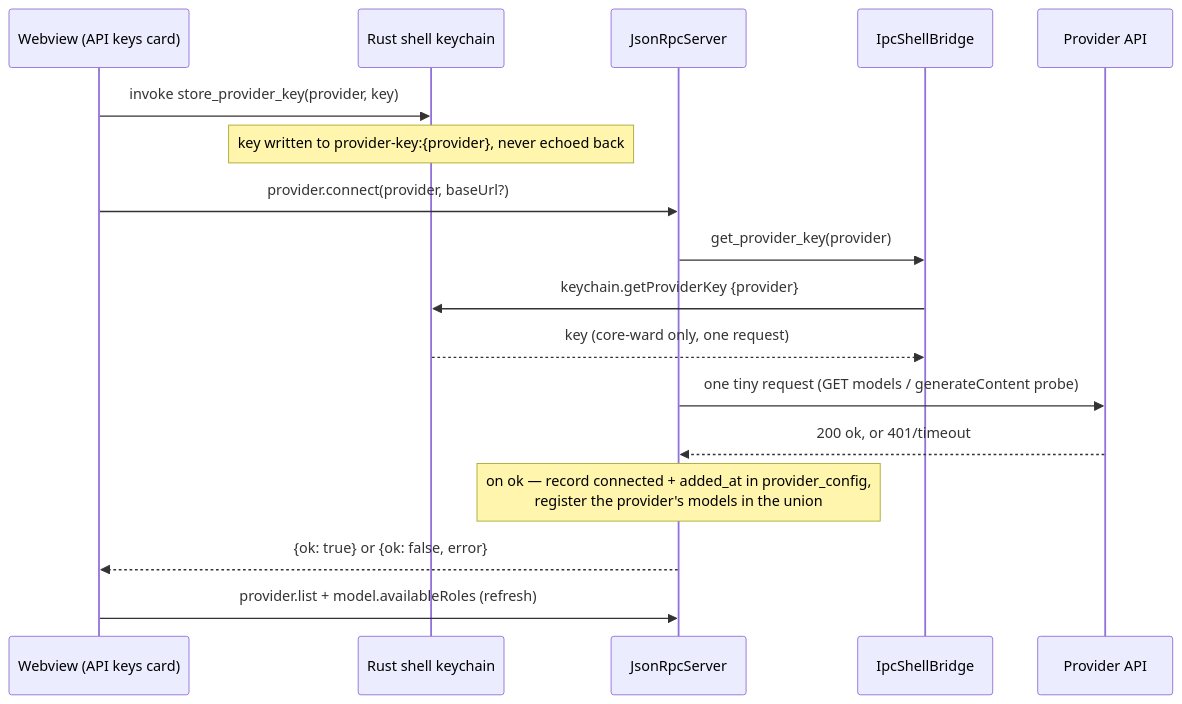
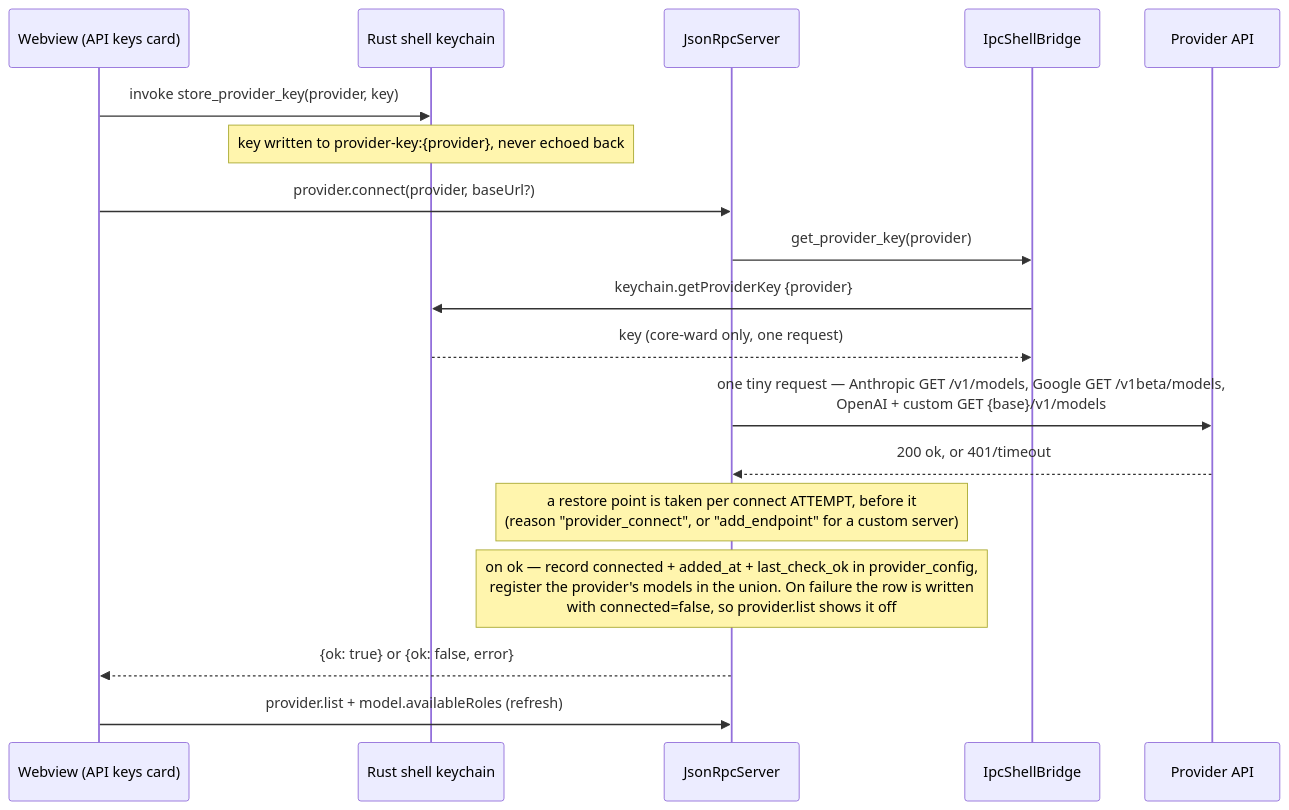
Before and after one commit to N041M/Addison: the seventh of 15 diagrams in docs/flows.md, drawn with Mermaid. The commit also changed other lines of this file and 17 other files, not shown here.

````diff
--- a/docs/flows.md
+++ b/docs/flows.md
@@ -243,20 +262,21 @@
 ```mermaid
 sequenceDiagram
     participant UI as Webview (API keys card)
     participant SH as Rust shell keychain
     participant SRV as JsonRpcServer
     participant BR as IpcShellBridge
     participant P as Provider API
 
     UI->>SH: invoke store_provider_key(provider, key)
     Note over SH: key written to provider-key:{provider}, never echoed back
     UI->>SRV: provider.connect(provider, baseUrl?)
     SRV->>BR: get_provider_key(provider)
     BR->>SH: keychain.getProviderKey {provider}
     SH-->>BR: key (core-ward only, one request)
-    SRV->>P: one tiny request (GET models / generateContent probe)
+    SRV->>P: one tiny request — Anthropic GET /v1/models, Google GET /v1beta/models,<br/>OpenAI + custom GET {base}/v1/models
     P-->>SRV: 200 ok, or 401/timeout
-    Note over SRV: on ok — record connected + added_at in provider_config,<br/>register the provider's models in the union
+    Note over SRV: a restore point is taken per connect ATTEMPT, before it<br/>(reason "provider_connect", or "add_endpoint" for a custom server)
+    Note over SRV: on ok — record connected + added_at + last_check_ok in provider_config,<br/>register the provider's models in the union. On failure the row is written<br/>with connected=false, so provider.list shows it off
     SRV-->>UI: {ok: true} or {ok: false, error}
     UI->>SRV: provider.list + model.availableRoles (refresh)
 ```
````
